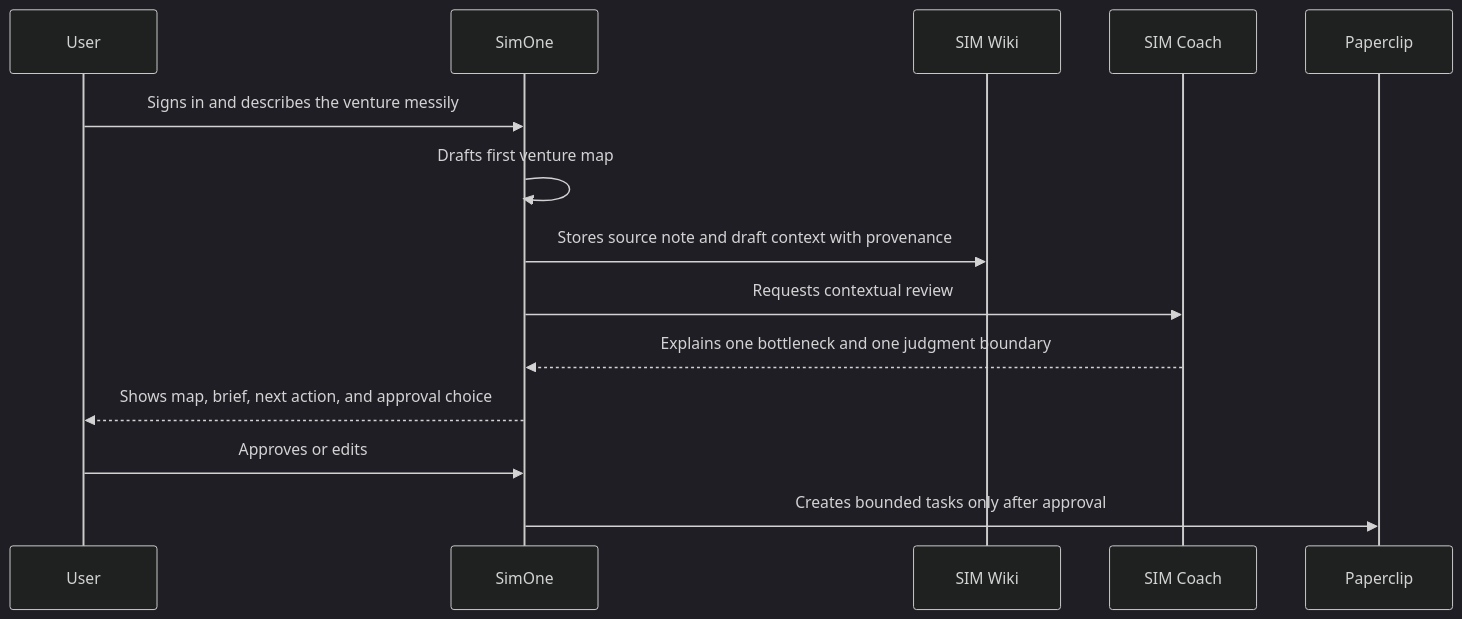
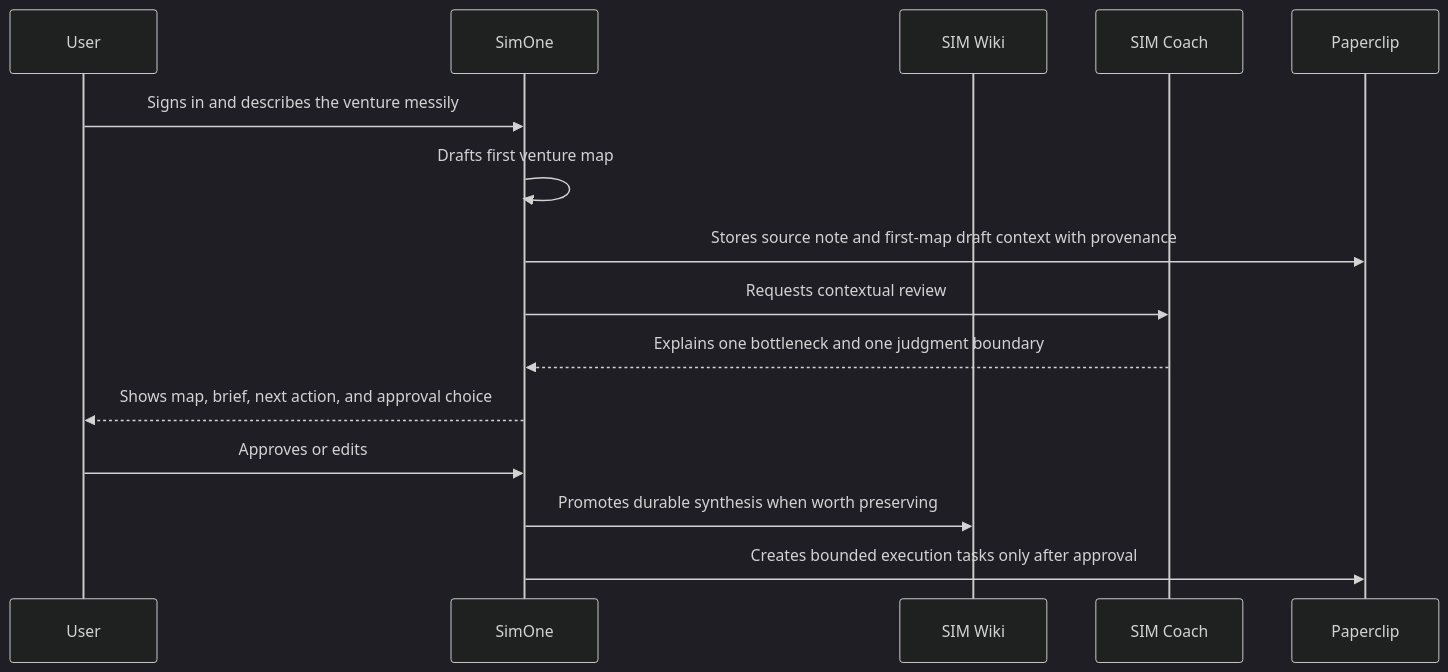
Before and after one commit to Sistemist/SimOne-Workbench: the second of 8 diagrams in doc/product/simone-agent-flows.md, drawn with Mermaid (dark theme). The commit also changed 6 other files, not shown here.

Commit message:
Store SIM Starter first-map provenance

````diff
--- a/doc/product/simone-agent-flows.md
+++ b/doc/product/simone-agent-flows.md
@@ -28,17 +28,18 @@
 ```mermaid
 sequenceDiagram
   participant U as User
   participant S as SimOne
   participant W as SIM Wiki
   participant C as SIM Coach
   participant P as Paperclip
 
   U->>S: Signs in and describes the venture messily
   S->>S: Drafts first venture map
-  S->>W: Stores source note and draft context with provenance
+  S->>P: Stores source note and first-map draft context with provenance
   S->>C: Requests contextual review
   C-->>S: Explains one bottleneck and one judgment boundary
   S-->>U: Shows map, brief, next action, and approval choice
   U->>S: Approves or edits
-  S->>P: Creates bounded tasks only after approval
+  S->>W: Promotes durable synthesis when worth preserving
+  S->>P: Creates bounded execution tasks only after approval
 ```
````
